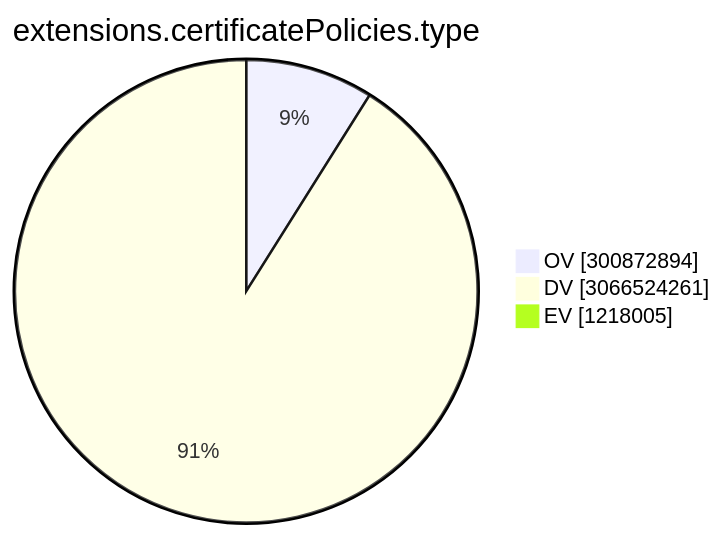
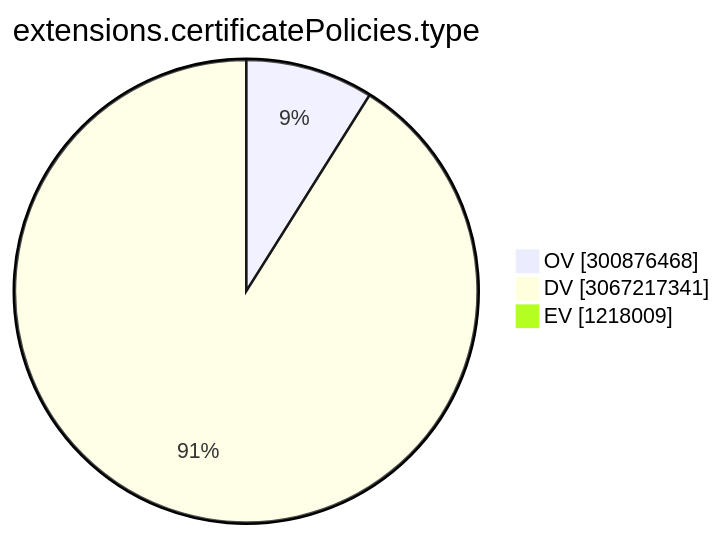
One commit to christiankrug/ctmonitor_visualization changed the ninth of 15 diagrams in TOTAL/README.md. Above: the diagram before and after it, drawn with Mermaid. The commit also changed other lines of this file, not shown here.

````diff
--- a/TOTAL/README.md
+++ b/TOTAL/README.md
@@ -3102,7 +3102,7 @@
 ```mermaid
 pie showData
 title extensions.certificatePolicies.type
-"OV" :300872894
-"DV" :3066524261
-"EV" :1218005
+"OV" :300876468
+"DV" :3067217341
+"EV" :1218009
 ```
````
